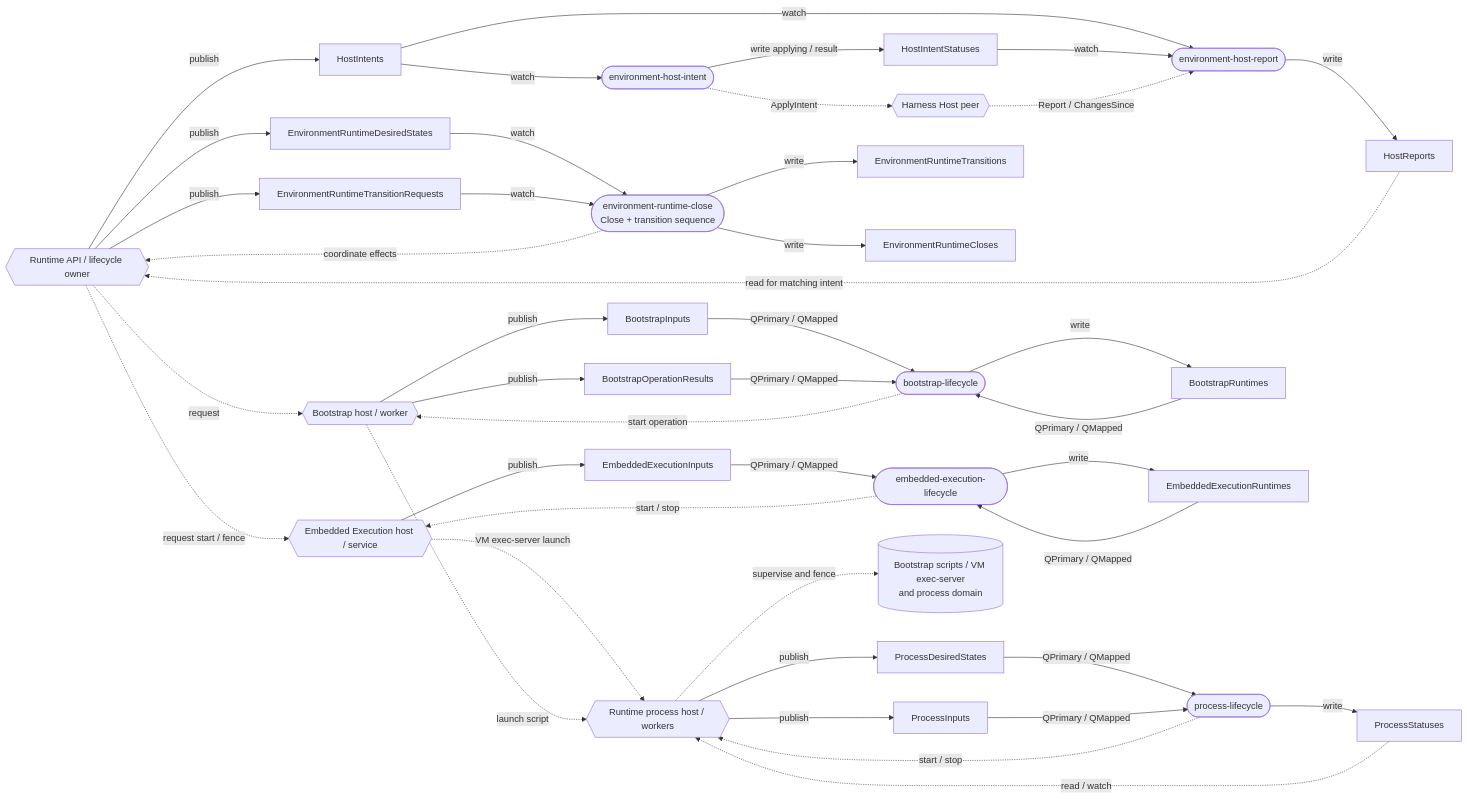
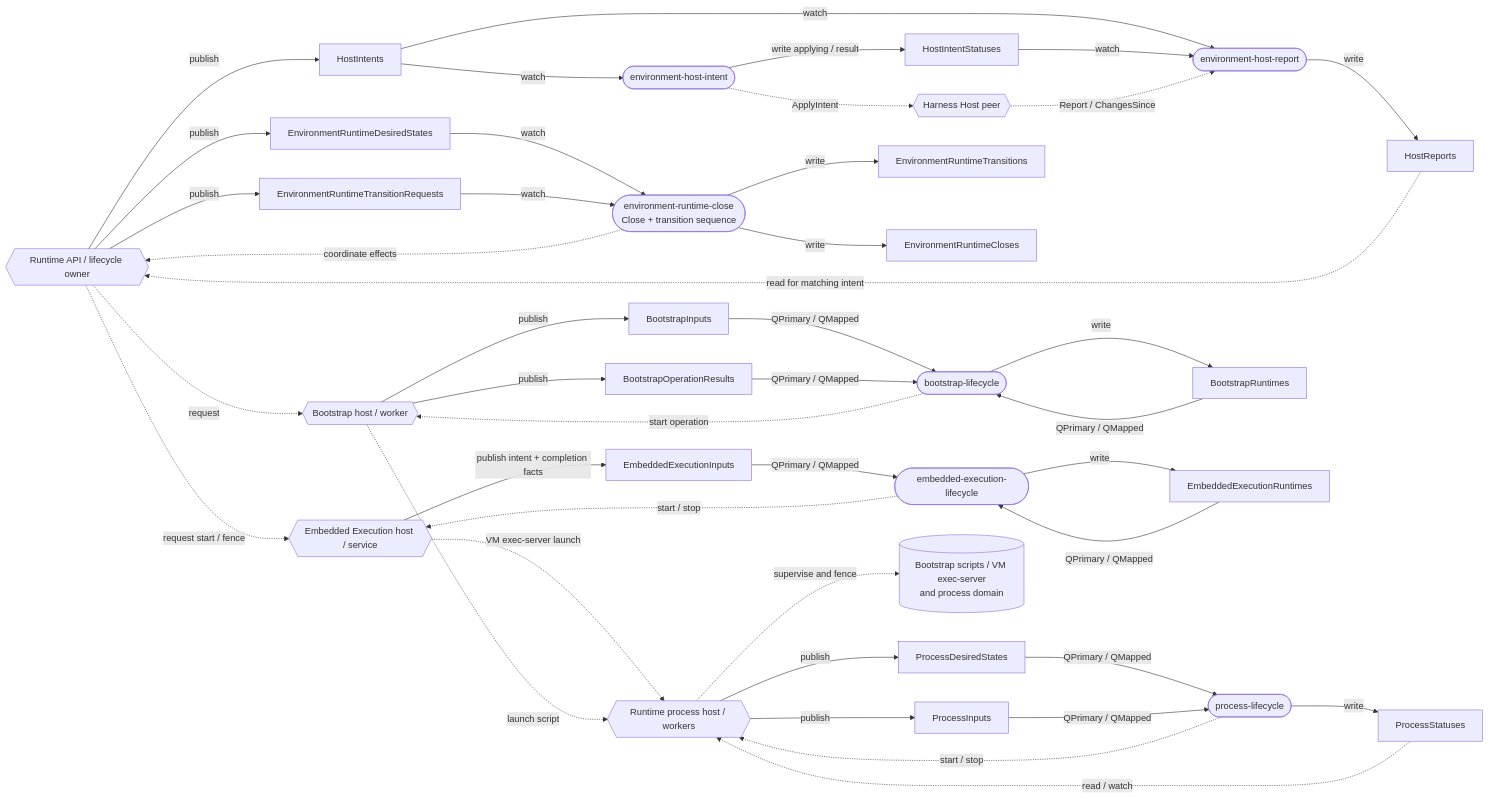
The first of 7 diagrams in agentplane/env/runtime/docs/cosi.md (agentydragon/ducktape), drawn with Mermaid before and after one commit. The commit also changed other lines of this file and 3 other files, not shown here.

Commit message:
Publish typed embedded Execution completion facts

````diff
--- a/agentplane/env/runtime/docs/cosi.md
+++ b/agentplane/env/runtime/docs/cosi.md
@@ -18,60 +18,60 @@
 ```mermaid
 flowchart LR
   API{{"Runtime API / lifecycle owner"}}
   Peer{{"Harness Host peer"}}
   BH{{"Bootstrap host / worker"}}
   PH{{"Runtime process host / workers"}}
   RC(["environment-runtime-close<br/>Close + transition sequence"])
   HI(["environment-host-intent"])
   HR(["environment-host-report"])
   BC(["bootstrap-lifecycle"])
   PC(["process-lifecycle"])
   EC(["embedded-execution-lifecycle"])
   EH{{"Embedded Execution host / service"}}
   ED["EnvironmentRuntimeDesiredStates"]
   TR["EnvironmentRuntimeTransitionRequests"]
   TS["EnvironmentRuntimeTransitions"]
   CL["EnvironmentRuntimeCloses"]
   I["HostIntents"]
   IS["HostIntentStatuses"]
   R["HostReports"]
   BI["BootstrapInputs"]
   BO["BootstrapOperationResults"]
   BR["BootstrapRuntimes"]
   PD["ProcessDesiredStates"]
   PI["ProcessInputs"]
   PS["ProcessStatuses"]
   EI["EmbeddedExecutionInputs"]
   ER["EmbeddedExecutionRuntimes"]
   Native[("Bootstrap scripts / VM exec-server<br/>and process domain")]
 
   API -->|publish| ED & TR & I
   ED & TR -->|watch| RC
   RC -->|write| CL & TS
   RC -.->|coordinate effects| API
   API -.->|request start / fence| EH
-  EH -->|publish| EI
+  EH -->|publish intent + completion facts| EI
   EI & ER -->|QPrimary / QMapped| EC
   EC -->|write| ER
   EC -.->|start / stop| EH
   EH -.->|VM exec-server launch| PH
   I -->|watch| HI
   HI -->|write applying / result| IS
   HI -.->|ApplyIntent| Peer
   I & IS -->|watch| HR
   Peer -.->|Report / ChangesSince| HR
   HR -->|write| R
   R -.->|read for matching intent| API
   API -.->|request| BH
   BH -->|publish| BI & BO
   BI & BO & BR -->|QPrimary / QMapped| BC
   BC -->|write| BR
   BC -.->|start operation| BH
   BH -.->|launch script| PH
   PH -->|publish| PD & PI
   PD & PI -->|QPrimary / QMapped| PC
   PC -->|write| PS
   PC -.->|start / stop| PH
   PH -.->|supervise and fence| Native
   PS -.->|read / watch| PH
 ```
````
